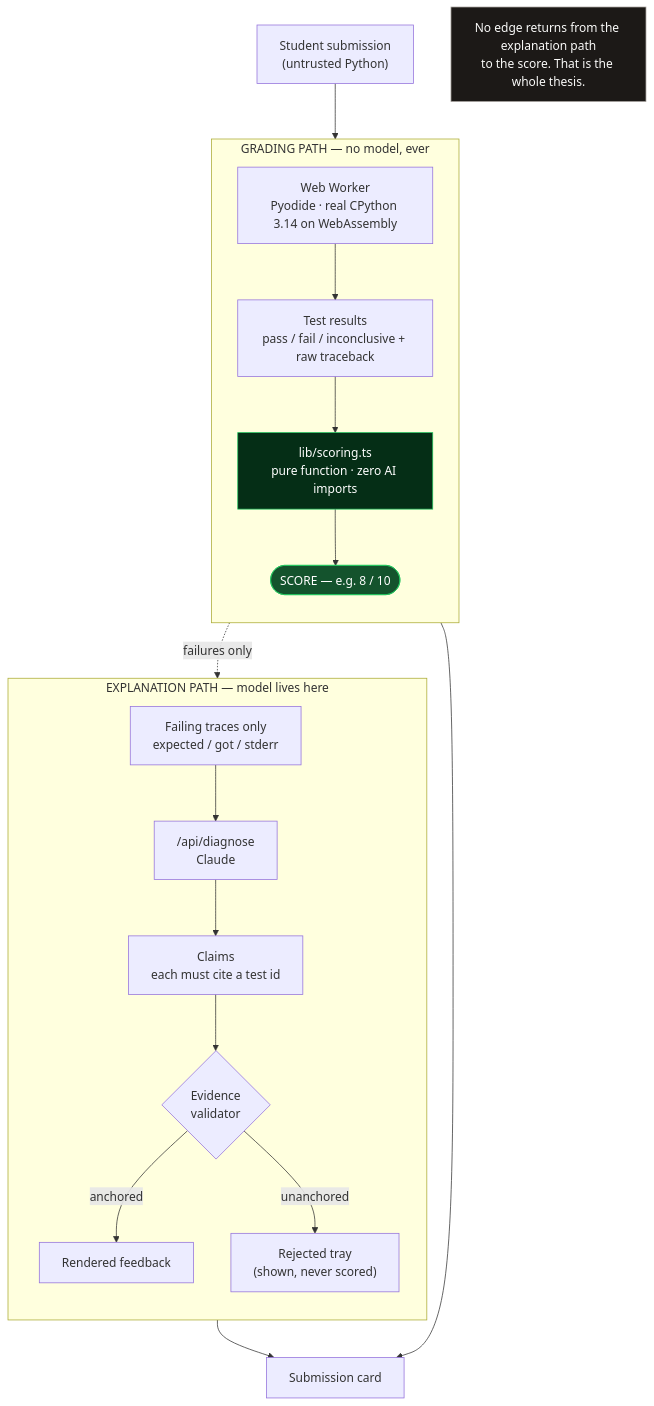
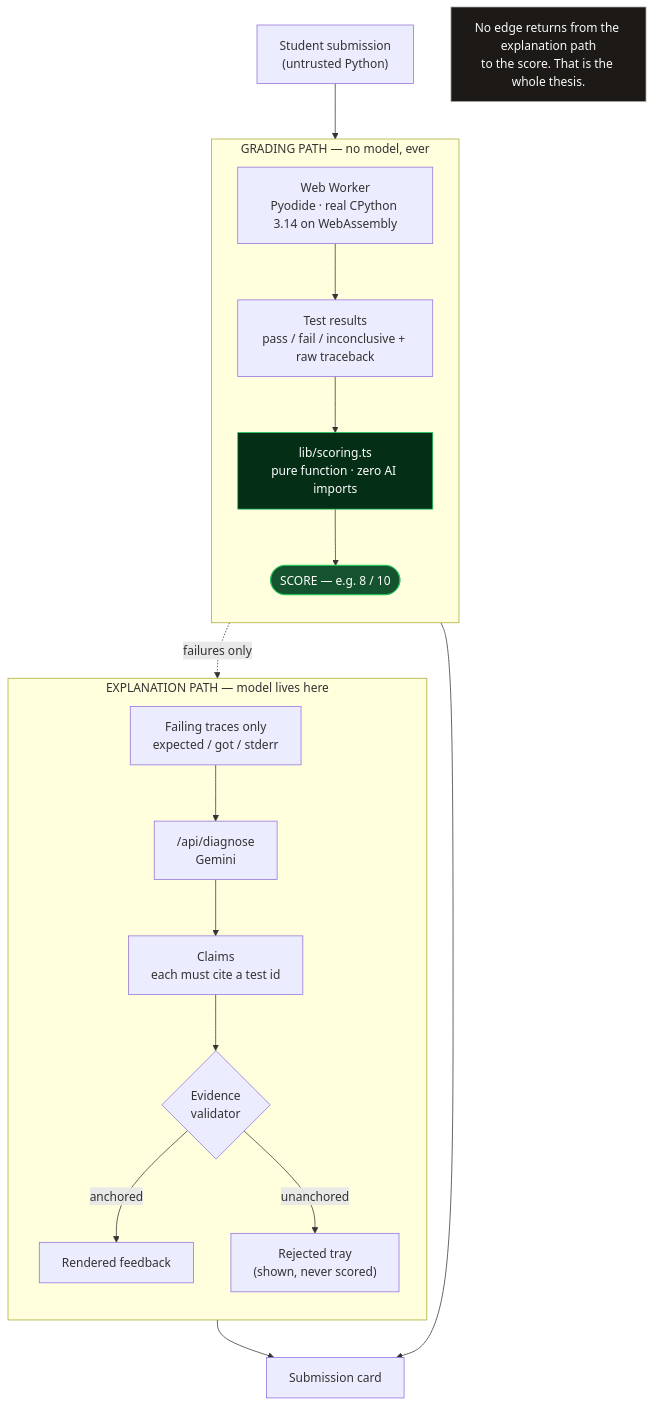
Before and after one commit to biyonjose10/crucible: the diagram in README.md, drawn with Mermaid. The commit also changed other lines of this file and 2 other files, not shown here.

First line of the commit message:
docs: point provider references at Gemini; widen import-hygiene check

````diff
--- a/README.md
+++ b/README.md
@@ -45,37 +45,37 @@
 ```mermaid
 flowchart TD
   SUB["Student submission<br/>(untrusted Python)"]
 
   subgraph GRADE["GRADING PATH — no model, ever"]
     direction TB
     W["Web Worker<br/>Pyodide · real CPython 3.14 on WebAssembly"]
     RES["Test results<br/>pass / fail / inconclusive + raw traceback"]
     SCO["lib/scoring.ts<br/>pure function · zero AI imports"]
     GRADE_OUT(["SCORE — e.g. 8 / 10"])
     W --> RES --> SCO --> GRADE_OUT
   end
 
   subgraph EXPLAIN["EXPLANATION PATH — model lives here"]
     direction TB
     TR["Failing traces only<br/>expected / got / stderr"]
-    API["/api/diagnose<br/>Claude"]
+    API["/api/diagnose<br/>Gemini"]
     CL["Claims<br/>each must cite a test id"]
     VAL{"Evidence<br/>validator"}
     OK["Rendered feedback"]
     NO["Rejected tray<br/>(shown, never scored)"]
     TR --> API --> CL --> VAL
     VAL -->|anchored| OK
     VAL -->|unanchored| NO
   end
 
   SUB --> W
   RES -.->|"failures only"| TR
   GRADE_OUT --> CARD["Submission card"]
   OK --> CARD
 
   NOTE["No edge returns from the explanation path<br/>to the score. That is the whole thesis."]
 
   style GRADE_OUT fill:#14532d,stroke:#22c55e,color:#fff
   style SCO fill:#052e16,stroke:#22c55e,color:#fff
   style NOTE fill:#1c1917,stroke:#a8a29e,color:#fafaf9
 ```
````
